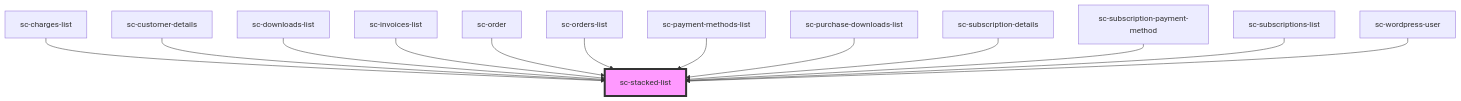
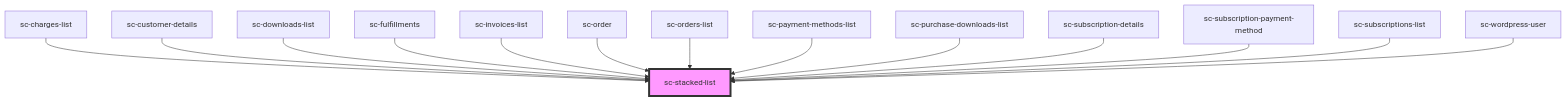
The diagram in packages/components/src/components/ui/stacked-list/readme.md (surecart/surecart-wp-plugin), drawn with Mermaid before and after one commit. The commit also changed other lines of this file and 29 other files, not shown here.

````diff
--- a/packages/components/src/components/ui/stacked-list/readme.md
+++ b/packages/components/src/components/ui/stacked-list/readme.md
@@ -26,16 +27,17 @@
 ```mermaid
 graph TD;
   sc-charges-list --> sc-stacked-list
   sc-customer-details --> sc-stacked-list
   sc-downloads-list --> sc-stacked-list
+  sc-fulfillments --> sc-stacked-list
   sc-invoices-list --> sc-stacked-list
   sc-order --> sc-stacked-list
   sc-orders-list --> sc-stacked-list
   sc-payment-methods-list --> sc-stacked-list
   sc-purchase-downloads-list --> sc-stacked-list
   sc-subscription-details --> sc-stacked-list
   sc-subscription-payment-method --> sc-stacked-list
   sc-subscriptions-list --> sc-stacked-list
   sc-wordpress-user --> sc-stacked-list
   style sc-stacked-list fill:#f9f,stroke:#333,stroke-width:4px
 ```
````
